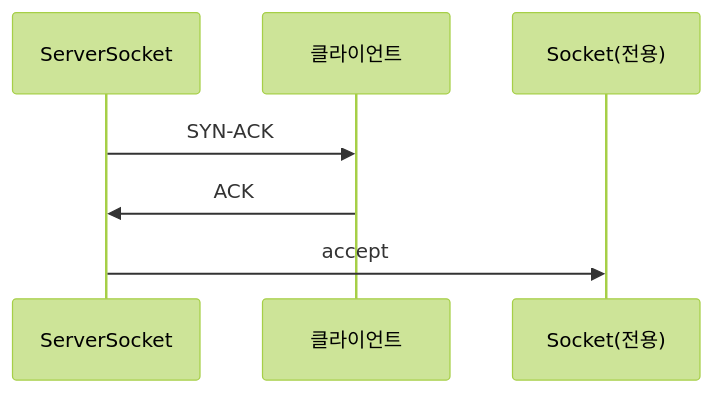
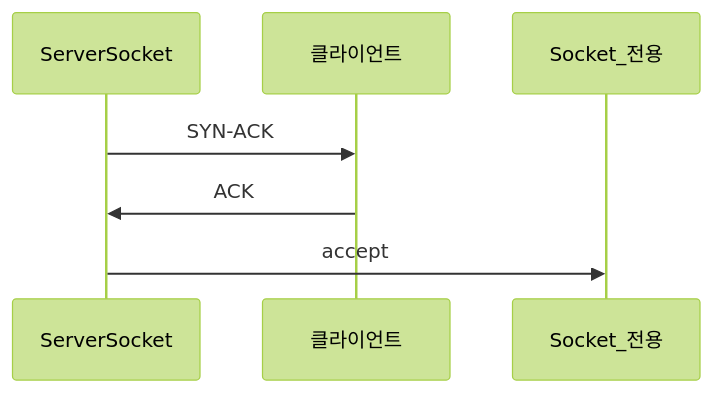
Before and after one commit to yjkim2015/yjkim2015.github.io: the second of 5 diagrams in _posts/java/2026-05-01-java-network.md, drawn with Mermaid (forest theme). The commit also changed other lines of this file and 85 other files, not shown here.

First line of the commit message:
sequenceDiagram 문법 에러 2차 수정 169개 (86파일)

````diff
--- a/_posts/java/2026-05-01-java-network.md
+++ b/_posts/java/2026-05-01-java-network.md
@@ -35,6 +35,6 @@
 ```mermaid
 sequenceDiagram
     ServerSocket->>클라이언트: SYN-ACK
     클라이언트->>ServerSocket: ACK
-    ServerSocket->>Socket(전용): accept
+    ServerSocket->>Socket_전용: accept
 ```
````
